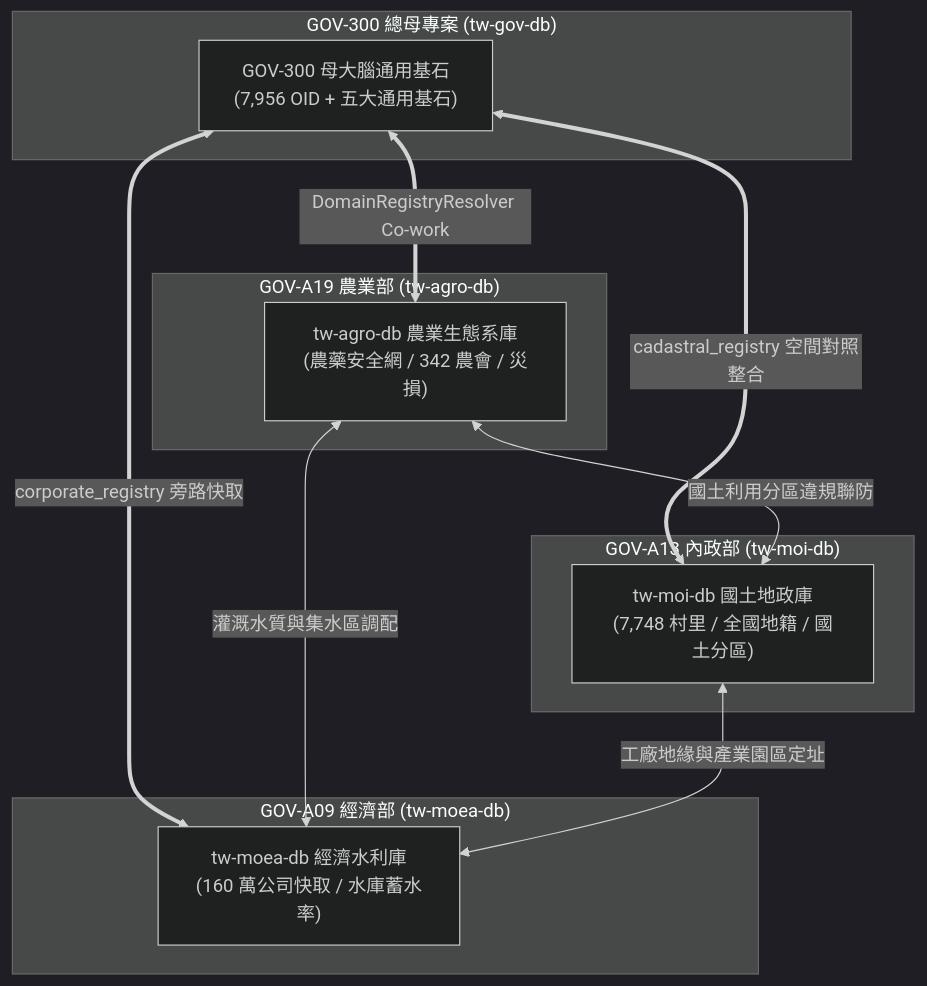
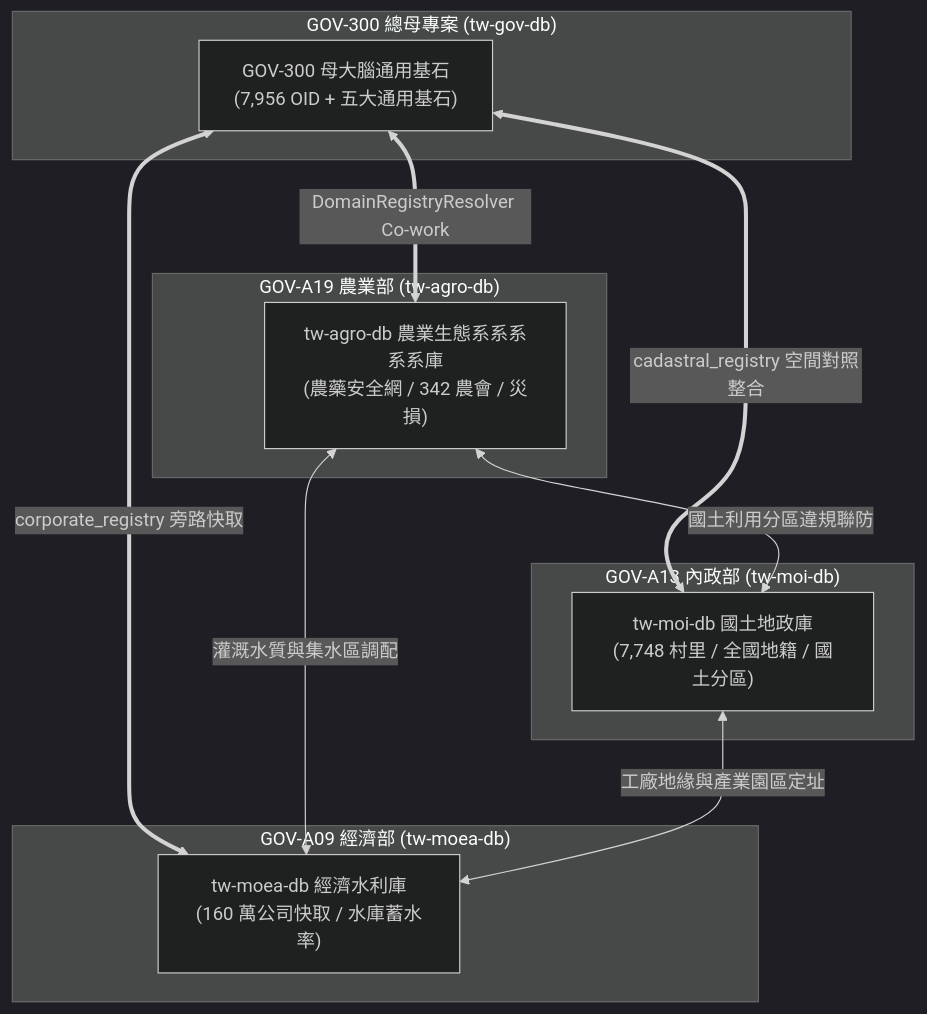
One commit to wuulong/tw-gov-db changed the diagram in book/07_conclusion.md. Above: the diagram before and after it, drawn with Mermaid (dark theme). The commit also changed other lines of this file and 89 other files, not shown here.

````diff
--- a/book/07_conclusion.md
+++ b/book/07_conclusion.md
@@ -26,25 +26,25 @@
 ```mermaid
 graph TD
     subgraph Mother["GOV-300 總母專案 (tw-gov-db)"]
         G300["GOV-300 母大腦通用基石<br>(7,956 OID + 五大通用基石)"]
     end
 
     subgraph Child1["GOV-A19 農業部 (tw-agro-db)"]
-        A19["tw-agro-db 農業生態系庫<br>(農藥安全網 / 342 農會 / 災損)"]
+        A19["tw-agro-db 農業生態系系系系系庫<br>(農藥安全網 / 342 農會 / 災損)"]
     end
 
     subgraph Child2["GOV-A13 內政部 (tw-moi-db)"]
         A13["tw-moi-db 國土地政庫<br>(7,748 村里 / 全國地籍 / 國土分區)"]
     end
 
     subgraph Child3["GOV-A09 經濟部 (tw-moea-db)"]
         A09["tw-moea-db 經濟水利庫<br>(160 萬公司快取 / 水庫蓄水率)"]
     end
 
     G300 <==>|DomainRegistryResolver Co-work| A19
     G300 <==>|cadastral_registry 空間對照整合| A13
     G300 <==>|corporate_registry 旁路快取| A09
     A19 <-->|國土利用分區違規聯防| A13
     A19 <-->|灌溉水質與集水區調配| A09
     A13 <-->|工廠地緣與產業園區定址| A09
 ```
````
